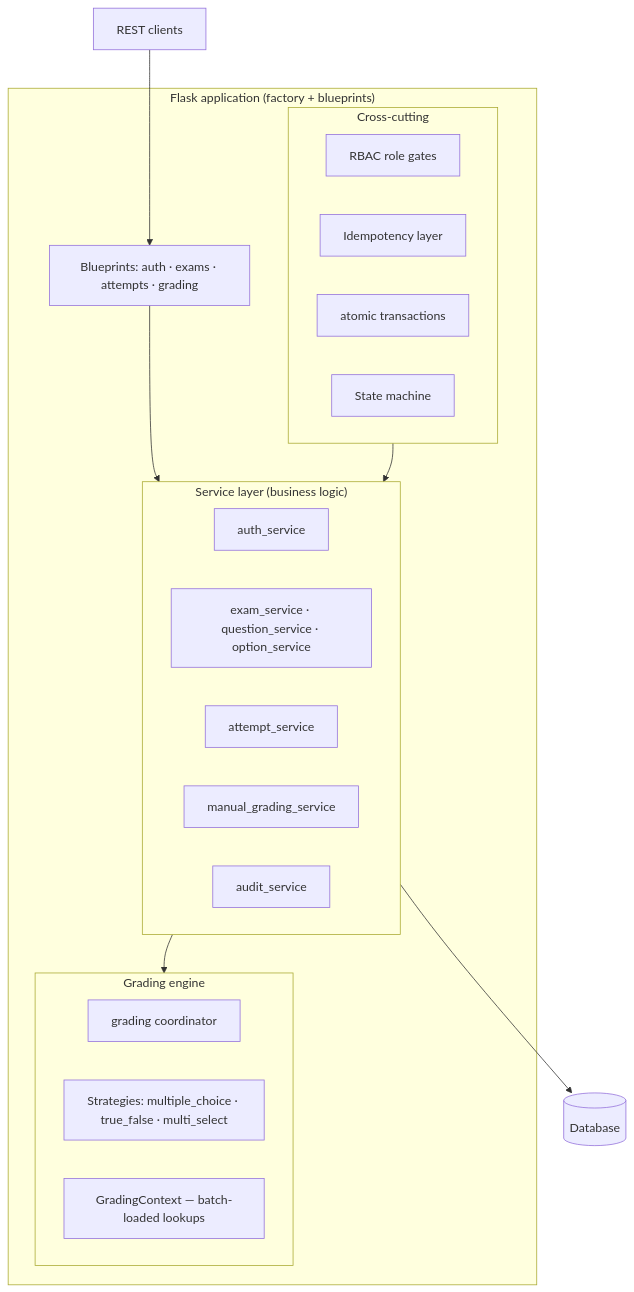
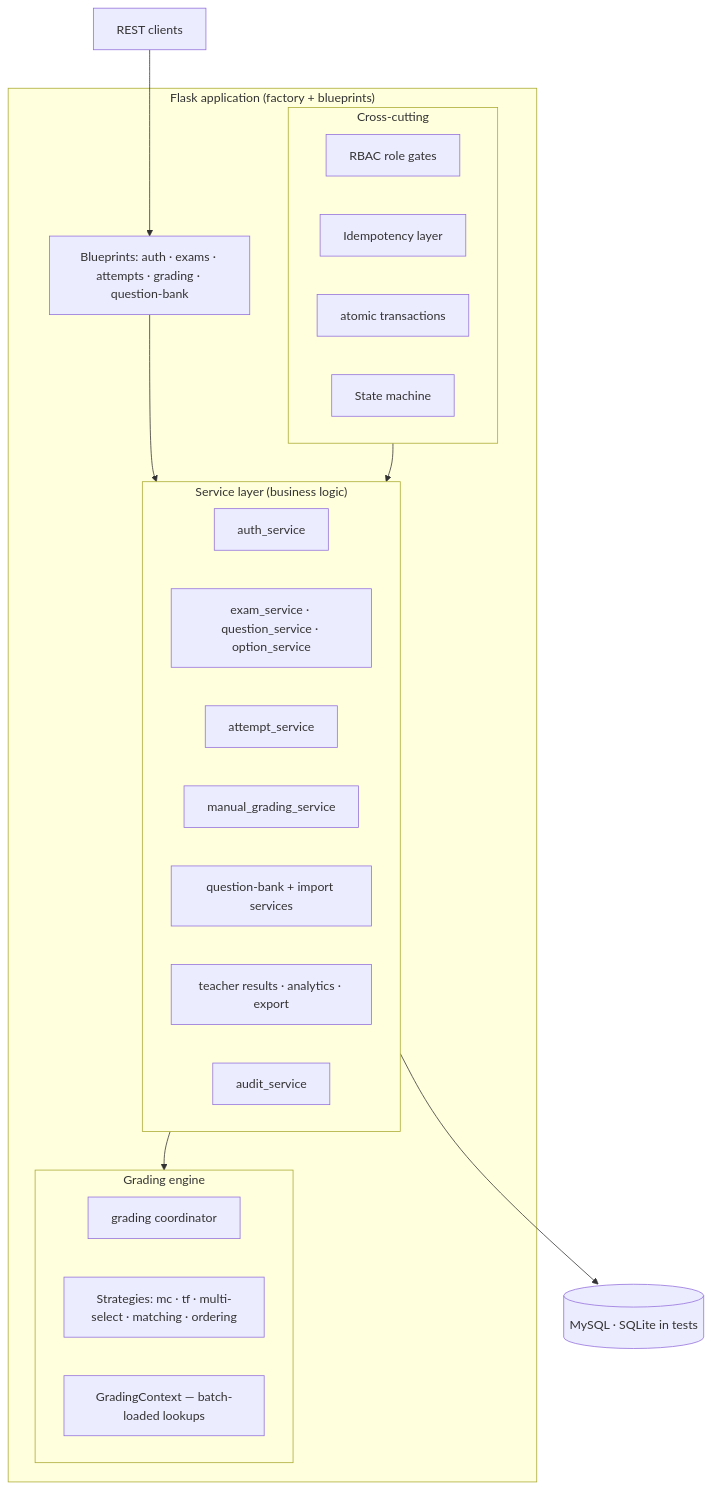
One commit to AlaaBadawii/quizey-platform changed the first of 2 diagrams in README.md. Above: the diagram before and after it, drawn with Mermaid. The commit also changed other lines of this file, not shown here.

````diff
--- a/README.md
+++ b/README.md
@@ -131,31 +140,33 @@
 ```mermaid
 flowchart TB
     Client[REST clients] --> BP
 
     subgraph Flask["Flask application (factory + blueprints)"]
-        BP[Blueprints: auth · exams · attempts · grading]
+        BP[Blueprints: auth · exams · attempts · grading · question-bank]
         BP --> SVC
         subgraph SVC["Service layer (business logic)"]
             AU[auth_service]
             EX[exam_service · question_service · option_service]
             AT[attempt_service]
             MG[manual_grading_service]
+            BK[question-bank + import services]
+            TR[teacher results · analytics · export]
             AD[audit_service]
         end
         subgraph GRAD["Grading engine"]
             CO[grading coordinator]
-            ST[Strategies: multiple_choice · true_false · multi_select]
+            ST[Strategies: mc · tf · multi-select · matching · ordering]
             CTX[GradingContext — batch-loaded lookups]
         end
         subgraph XC["Cross-cutting"]
             RBAC[RBAC role gates]
             IDEM[Idempotency layer]
             TX[atomic transactions]
             SM[State machine]
         end
     end
 
     SVC --> GRAD
-    SVC --> DB[(Database)]
+    SVC --> DB[(MySQL · SQLite in tests)]
     XC --> SVC
 ```
````
